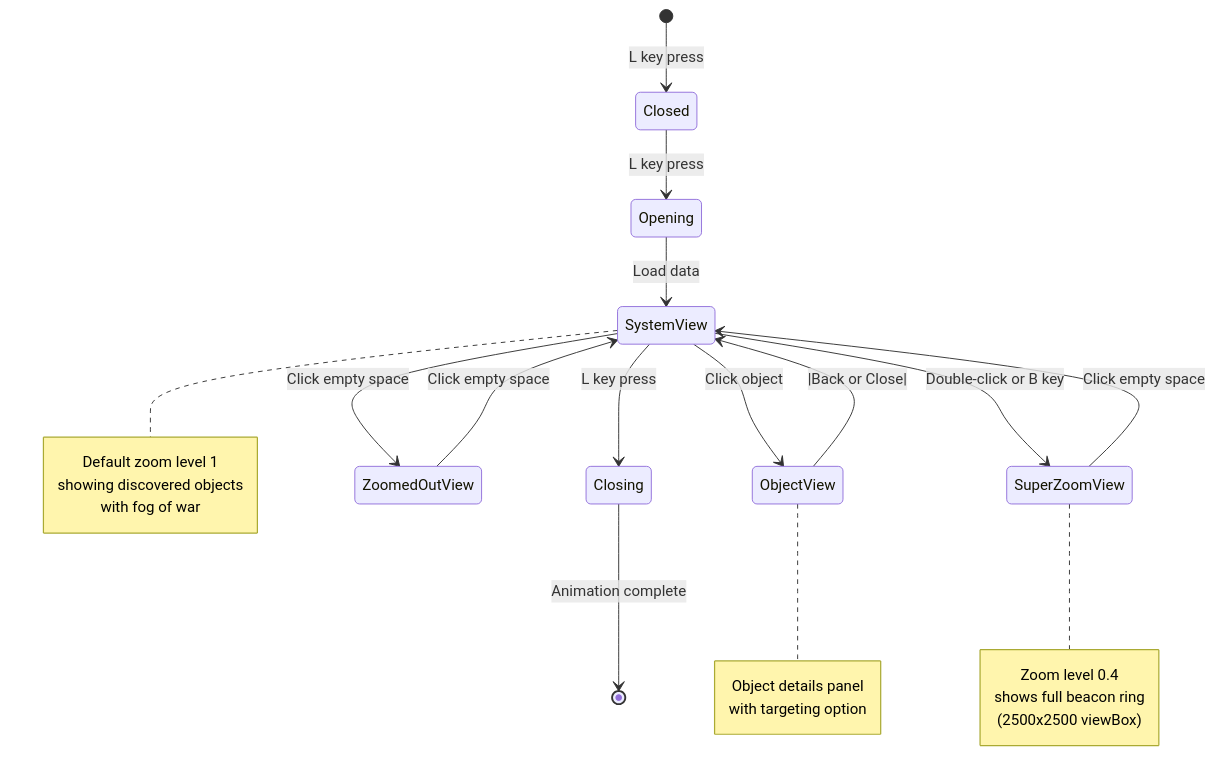
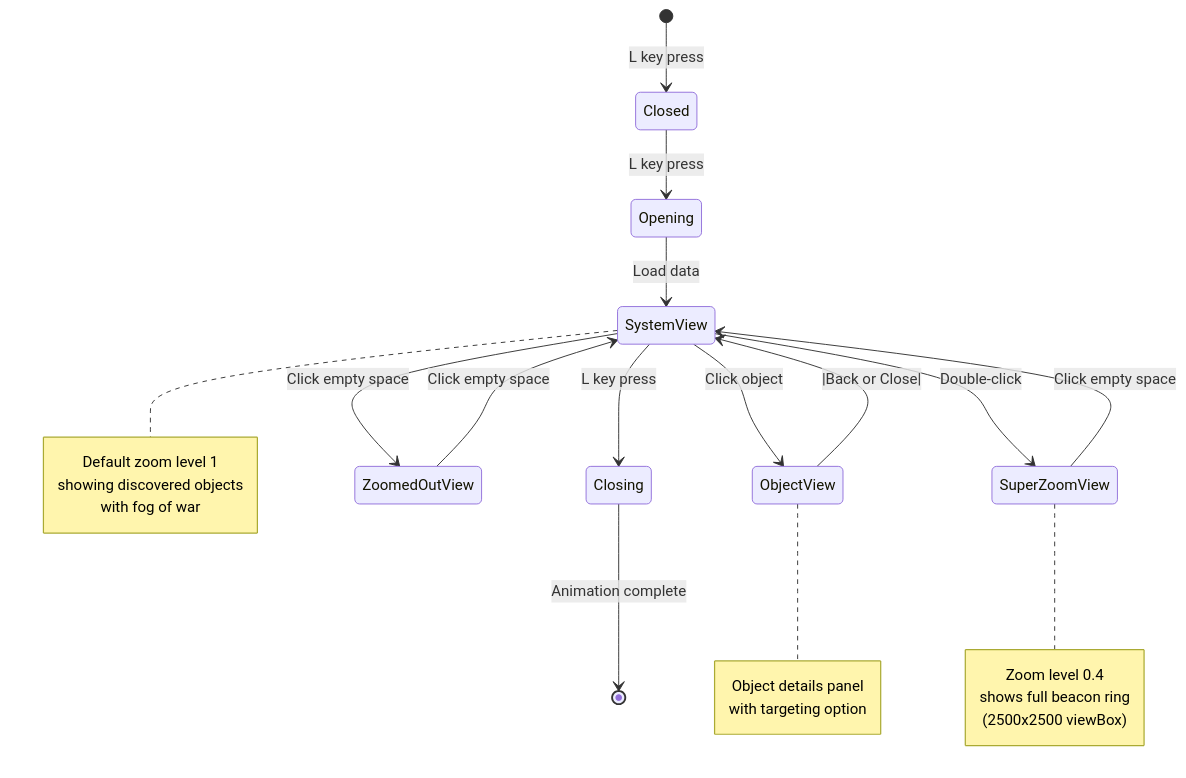
One commit to thoracle/planetz changed the sixth of 7 diagrams in docs/star_charts_system_spec.md. Above: the diagram before and after it, drawn with Mermaid. The commit also changed other lines of this file, not shown here.

````diff
--- a/docs/star_charts_system_spec.md
+++ b/docs/star_charts_system_spec.md
@@ -574,31 +572,31 @@
 ```mermaid
 stateDiagram-v2
     [*] --> Closed: L key press
     Closed --> Opening: L key press
     Opening --> SystemView: Load data
     SystemView --> ObjectView: Click object
     SystemView --> ZoomedOutView: Click empty space
-    SystemView --> SuperZoomView: Double-click or B key
+    SystemView --> SuperZoomView: Double-click
     ZoomedOutView --> SystemView: Click empty space
     SuperZoomView --> SystemView: Click empty space
     ObjectView --> SystemView: |Back or Close|
     SystemView --> Closing: L key press
     Closing --> [*]: Animation complete
 
     note right of SystemView
         Default zoom level 1
         showing discovered objects
         with fog of war
     end note
 
     note right of ObjectView
         Object details panel
         with targeting option
     end note
 
     note right of SuperZoomView
         Zoom level 0.4
         shows full beacon ring
         (2500x2500 viewBox)
     end note
 ```
````
